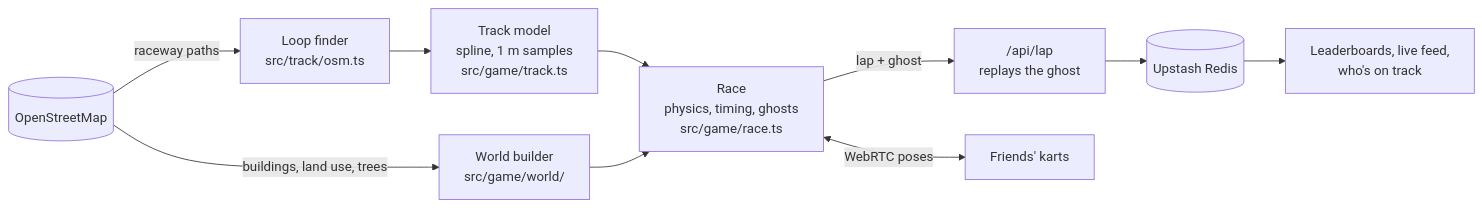
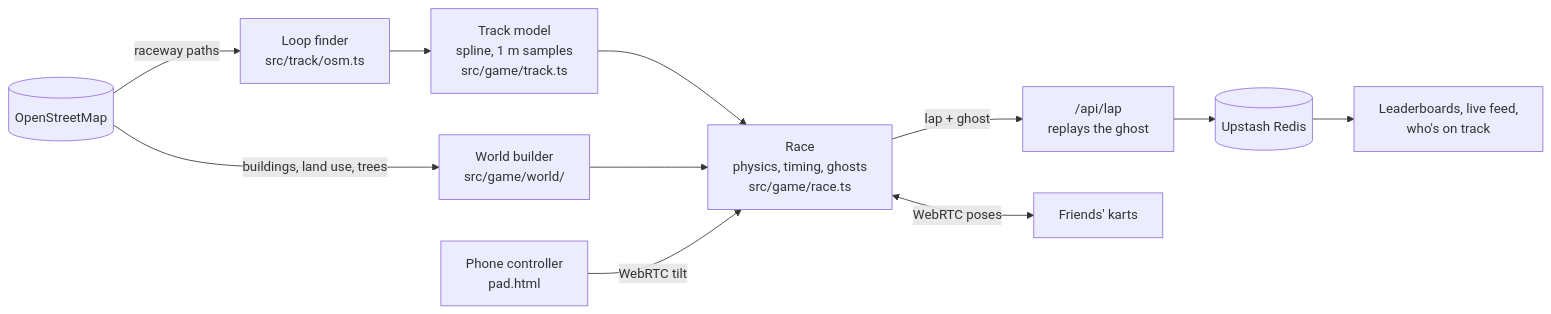
Before and after one commit to Cyrus-Krispin/apexkart: the diagram in README.md, drawn with Mermaid. The commit also changed other lines of this file and 24 other files, not shown here.

First line of the commit message:
Phone controller: scan a QR code, tilt your phone to steer (#36)

````diff
--- a/README.md
+++ b/README.md
@@ -142,12 +153,13 @@
 ```mermaid
 flowchart LR
   OSM[("OpenStreetMap")] -->|raceway paths| Loop["Loop finder<br/>src/track/osm.ts"]
   Loop --> Model["Track model<br/>spline, 1 m samples<br/>src/game/track.ts"]
   OSM -->|"buildings, land use, trees"| World["World builder<br/>src/game/world/"]
   Model --> Race["Race<br/>physics, timing, ghosts<br/>src/game/race.ts"]
   World --> Race
   Race -->|"lap + ghost"| API["/api/lap<br/>replays the ghost"]
   API --> Redis[("Upstash Redis")]
   Redis --> Board["Leaderboards, live feed,<br/>who's on track"]
   Race <-->|"WebRTC poses"| Friends["Friends' karts"]
+  Phone["Phone controller<br/>pad.html"] -->|"WebRTC tilt"| Race
 ```
````
